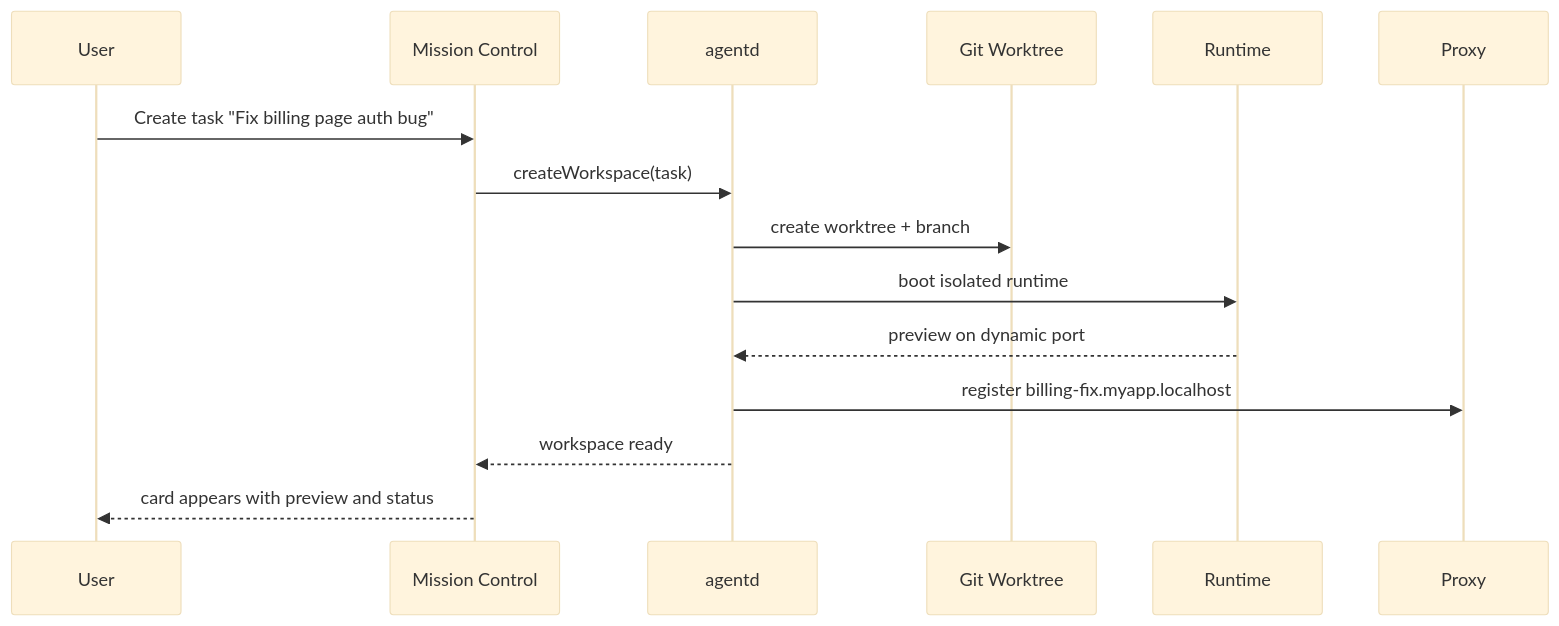
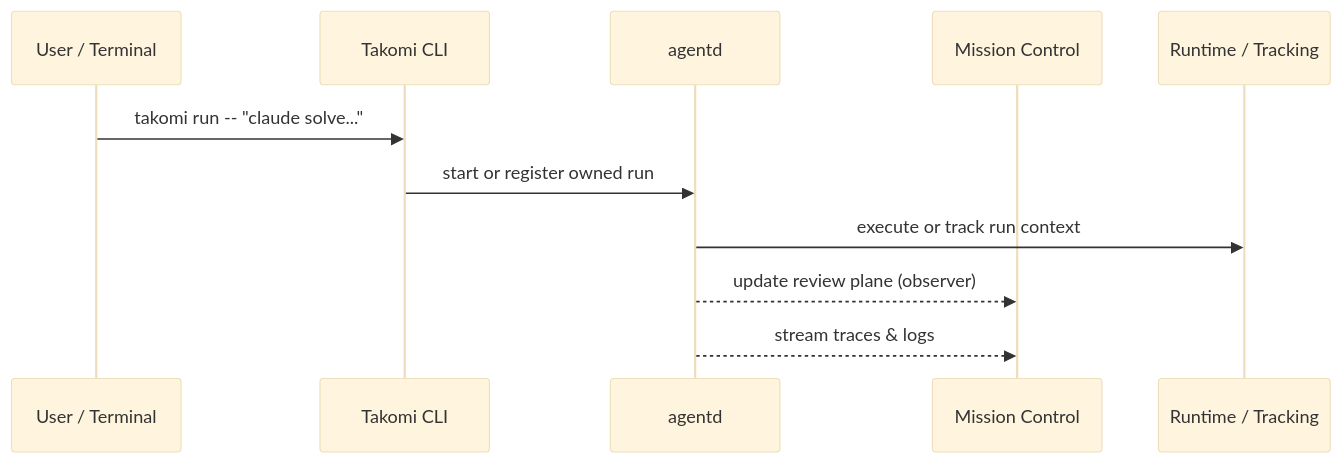
The second of 4 diagrams in docs/features/TakomiDX_Agent_Workspace_Platform_Spec.md (JStaRFilms/TakomiDX), drawn with Mermaid (base theme) before and after one commit. The commit also changed other lines of this file and 5 other files, not shown here.

First line of the commit message:
docs: reframe product as CLI-first with hybrid workspace model

````diff
--- a/docs/features/TakomiDX_Agent_Workspace_Platform_Spec.md
+++ b/docs/features/TakomiDX_Agent_Workspace_Platform_Spec.md
@@ -588,18 +512,14 @@
 ```mermaid
 sequenceDiagram
-    participant U as User
+    participant U as User / Terminal
+    participant CLI as Takomi CLI
+    participant AD as agentd
     participant MC as Mission Control
-    participant AD as agentd
-    participant GW as Git Worktree
-    participant RT as Runtime
-    participant PX as Proxy
+    participant RT as Runtime / Tracking
 
-    U->>MC: Create task "Fix billing page auth bug"
-    MC->>AD: createWorkspace(task)
-    AD->>GW: create worktree + branch
-    AD->>RT: boot isolated runtime
-    RT-->>AD: preview on dynamic port
-    AD->>PX: register billing-fix.myapp.localhost
-    AD-->>MC: workspace ready
-    MC-->>U: card appears with preview and status
+    U->>CLI: takomi run -- "claude solve..."
+    CLI->>AD: start or register owned run
+    AD->>RT: execute or track run context
+    AD-->>MC: update review plane (observer)
+    AD-->>MC: stream traces & logs
 ```
````
